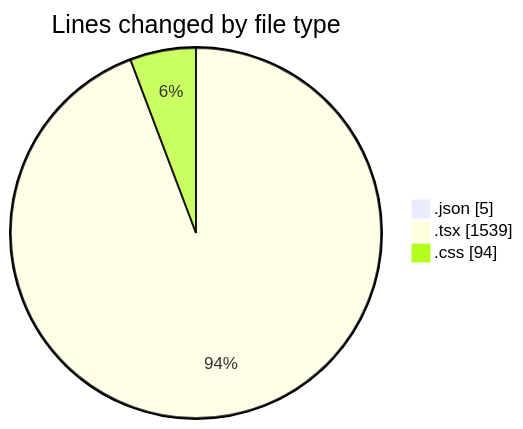
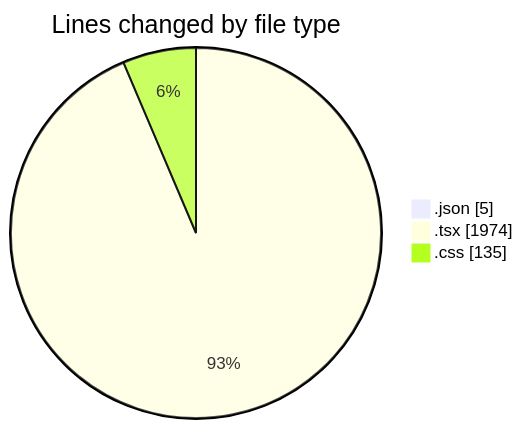
One commit to Elitesun/code-tracking changed the first of 2 diagrams in 2025-04-26/product-page/README.md. Above: the diagram before and after it, drawn with Mermaid. The commit also changed other lines of this file and 1 other file, not shown here.

````diff
--- a/2025-04-26/product-page/README.md
+++ b/2025-04-26/product-page/README.md
@@ -34,7 +34,7 @@
 ```mermaid
 pie showData
 title Lines changed by file type
 ".json" : 5
-".tsx" : 1539
-".css" : 94
+".tsx" : 1974
+".css" : 135
 ```
````
